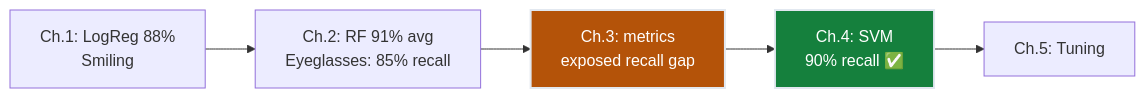
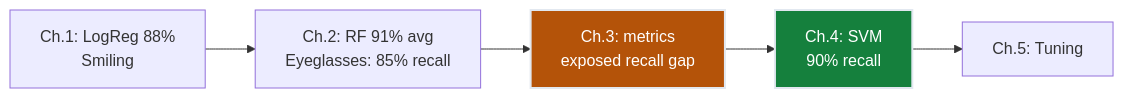
One commit to dsgouda7/ai-portfolio changed the first of 6 diagrams in notes/01-ml/02-classification/ch04_svm/README.md. Above: the diagram before and after it, drawn with Mermaid. The commit also changed other lines of this file and 179 other files, not shown here.

````diff
--- a/notes/01-ml/02-classification/ch04_svm/README.md
+++ b/notes/01-ml/02-classification/ch04_svm/README.md
@@ -53,9 +53,9 @@
 ```mermaid
 graph LR
-    A["Ch.1: LogReg 88%\nSmiling"] --> B["Ch.2: RF 91% avg\nEyeglasses: 85% recall"]
-    B --> C["Ch.3: metrics\nexposed recall gap"]
-    C --> D["Ch.4: SVM\n90% recall ✅"]
-    D --> E["Ch.5: Tuning"]
-    style D fill:#15803d,stroke:#e2e8f0,stroke-width:2px,color:#ffffff
-    style C fill:#b45309,stroke:#e2e8f0,stroke-width:2px,color:#ffffff
+ A["Ch.1: LogReg 88%\nSmiling"] --> B["Ch.2: RF 91% avg\nEyeglasses: 85% recall"]
+ B --> C["Ch.3: metrics\nexposed recall gap"]
+ C --> D["Ch.4: SVM\n90% recall "]
+ D --> E["Ch.5: Tuning"]
+ style D fill:#15803d,stroke:#e2e8f0,stroke-width:2px,color:#ffffff
+ style C fill:#b45309,stroke:#e2e8f0,stroke-width:2px,color:#ffffff
 ```
````
